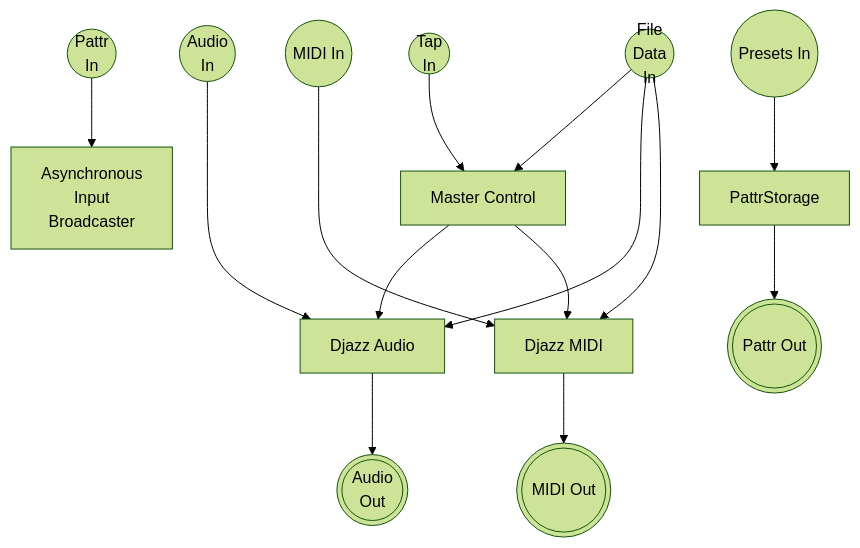
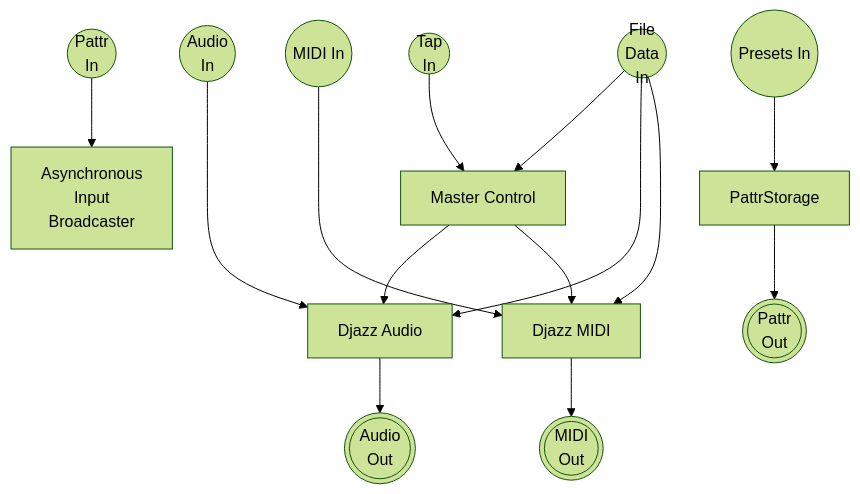
Before and after one commit to repmus-docs/DjazzDocs: the first of 2 diagrams in content/3_API/1_abstraction_references/djazz.md, drawn with Mermaid (forest theme). The commit also changed other lines of this file, not shown here.

Commit message:
fix detailed djazz API diagram

```diff
--- a/content/3_API/1_abstraction_references/djazz.md
+++ b/content/3_API/1_abstraction_references/djazz.md
@@ -8,45 +8,45 @@
 {{<mermaid align="left">}}
 flowchart TB;
 
 TapIn((Tap\nIn))
 PattrIn((Pattr\nIn))
 
 AudioIn((Audio\nIn))
 MidiIn((MIDI In))
 
 DataIn((File\nData\nIn))
 PresetIn((Presets In))
 
 PattrBroadcast[Asynchronous\nInput\nBroadcaster]
 Master[Master Control]
 Audio[Djazz Audio]
 Midi[Djazz MIDI]
 PattrStorage[PattrStorage]
 
 click Master "./../components/master_control.html" "Master Control"
 click Audio "audio.html" "Master Control"
 click Midi "midi.html" "Master Control"
 
 AudioOut(((Audio\nOut)))
-MidiOut(((MIDI Out)))
-PattrOut(((Pattr Out)))
+MidiOut(((MIDI\nOut)))
+PattrOut(((Pattr\nOut)))
 
 TapIn-->Master
 
 PattrIn-->PattrBroadcast
 AudioIn--->Audio
 MidiIn--->Midi
 DataIn-->Master
 DataIn-->Audio
 DataIn-->Midi
 Master-->Audio
 Master-->Midi
 
 Audio-->AudioOut
 
 Midi-->MidiOut
 
 PresetIn-->PattrStorage
 PattrStorage-->PattrOut
 
 {{< /mermaid >}}
```
